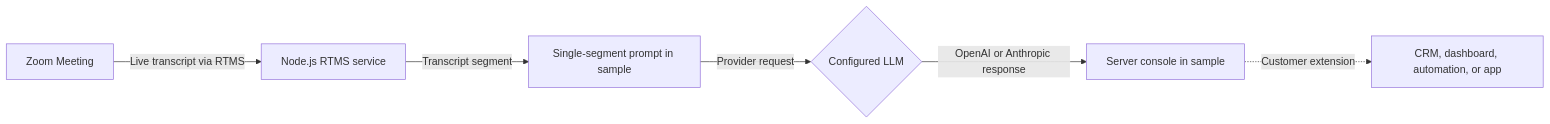
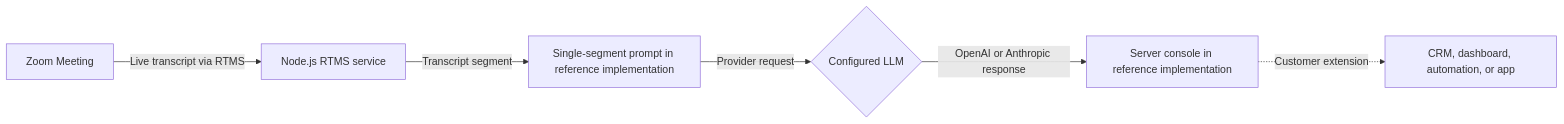
The diagram in blueprints/send-transcripts-to-llms/architecture.mmd (zoom/blueprints), drawn with Mermaid before and after one commit. The commit also changed 1 other file, not shown here.

Commit message:
Align transcript LLM Blueprint with reference guidance

```diff
--- a/blueprints/send-transcripts-to-llms/architecture.mmd
+++ b/blueprints/send-transcripts-to-llms/architecture.mmd
@@ -1,6 +1,6 @@
 flowchart LR
     A[Zoom Meeting] -->|Live transcript via RTMS| B[Node.js RTMS service]
-    B -->|Transcript segment| C[Single-segment prompt in sample]
+    B -->|Transcript segment| C[Single-segment prompt in reference implementation]
     C -->|Provider request| D{Configured LLM}
-    D -->|OpenAI or Anthropic response| E[Server console in sample]
+    D -->|OpenAI or Anthropic response| E[Server console in reference implementation]
     E -.->|Customer extension| F[CRM, dashboard, automation, or app]
```
